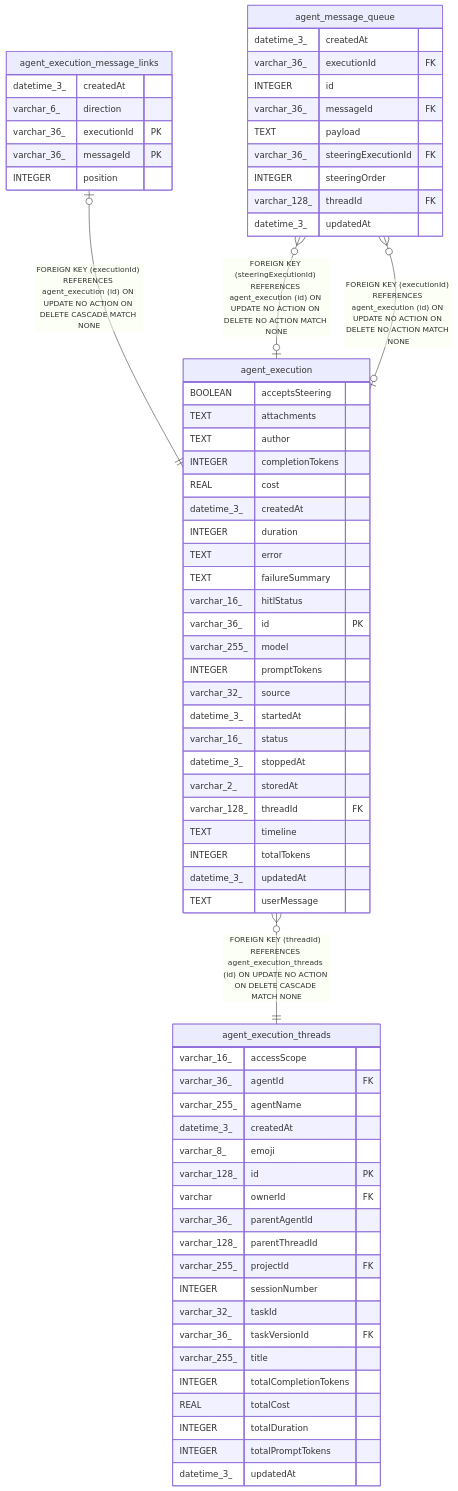
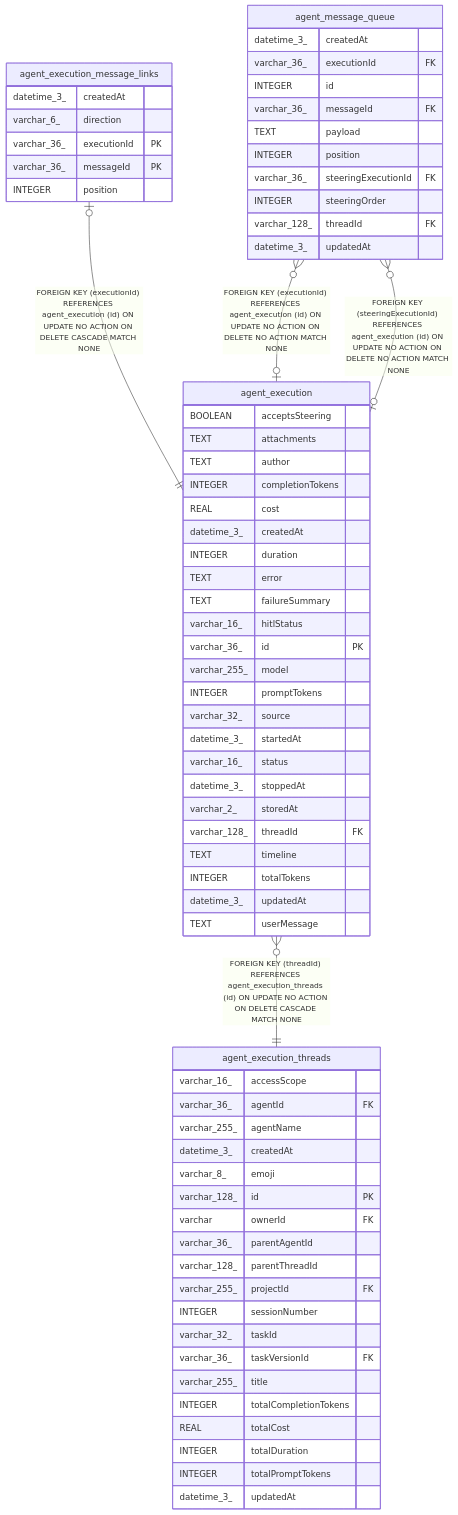
One commit to sreent/n8n changed the diagram in docs/generated/sqlite-schema/agent_execution.md. Above: the diagram before and after it, drawn with Mermaid. The commit also changed 3224 other files, not shown here.

````diff
--- a/docs/generated/sqlite-schema/agent_execution.md
+++ b/docs/generated/sqlite-schema/agent_execution.md
@@ -63,73 +63,74 @@
 ```mermaid
 erDiagram
 
 "agent_execution_message_links" |o--|| "agent_execution" : "FOREIGN KEY (executionId) REFERENCES agent_execution (id) ON UPDATE NO ACTION ON DELETE CASCADE MATCH NONE"
+"agent_message_queue" }o--o| "agent_execution" : "FOREIGN KEY (executionId) REFERENCES agent_execution (id) ON UPDATE NO ACTION ON DELETE NO ACTION MATCH NONE"
 "agent_message_queue" }o--o| "agent_execution" : "FOREIGN KEY (steeringExecutionId) REFERENCES agent_execution (id) ON UPDATE NO ACTION ON DELETE NO ACTION MATCH NONE"
-"agent_message_queue" }o--o| "agent_execution" : "FOREIGN KEY (executionId) REFERENCES agent_execution (id) ON UPDATE NO ACTION ON DELETE NO ACTION MATCH NONE"
 "agent_execution" }o--|| "agent_execution_threads" : "FOREIGN KEY (threadId) REFERENCES agent_execution_threads (id) ON UPDATE NO ACTION ON DELETE CASCADE MATCH NONE"
 
 "agent_execution" {
   BOOLEAN acceptsSteering
   TEXT attachments
   TEXT author
   INTEGER completionTokens
   REAL cost
   datetime_3_ createdAt
   INTEGER duration
   TEXT error
   TEXT failureSummary
   varchar_16_ hitlStatus
   varchar_36_ id PK
   varchar_255_ model
   INTEGER promptTokens
   varchar_32_ source
   datetime_3_ startedAt
   varchar_16_ status
   datetime_3_ stoppedAt
   varchar_2_ storedAt
   varchar_128_ threadId FK
   TEXT timeline
   INTEGER totalTokens
   datetime_3_ updatedAt
   TEXT userMessage
 }
 "agent_execution_message_links" {
   datetime_3_ createdAt
   varchar_6_ direction
   varchar_36_ executionId PK
   varchar_36_ messageId PK
   INTEGER position
 }
 "agent_message_queue" {
   datetime_3_ createdAt
   varchar_36_ executionId FK
   INTEGER id
   varchar_36_ messageId FK
   TEXT payload
+  INTEGER position
   varchar_36_ steeringExecutionId FK
   INTEGER steeringOrder
   varchar_128_ threadId FK
   datetime_3_ updatedAt
 }
 "agent_execution_threads" {
   varchar_16_ accessScope
   varchar_36_ agentId FK
   varchar_255_ agentName
   datetime_3_ createdAt
   varchar_8_ emoji
   varchar_128_ id PK
   varchar ownerId FK
   varchar_36_ parentAgentId
   varchar_128_ parentThreadId
   varchar_255_ projectId FK
   INTEGER sessionNumber
   varchar_32_ taskId
   varchar_36_ taskVersionId FK
   varchar_255_ title
   INTEGER totalCompletionTokens
   REAL totalCost
   INTEGER totalDuration
   INTEGER totalPromptTokens
   datetime_3_ updatedAt
 }
 ```
````
